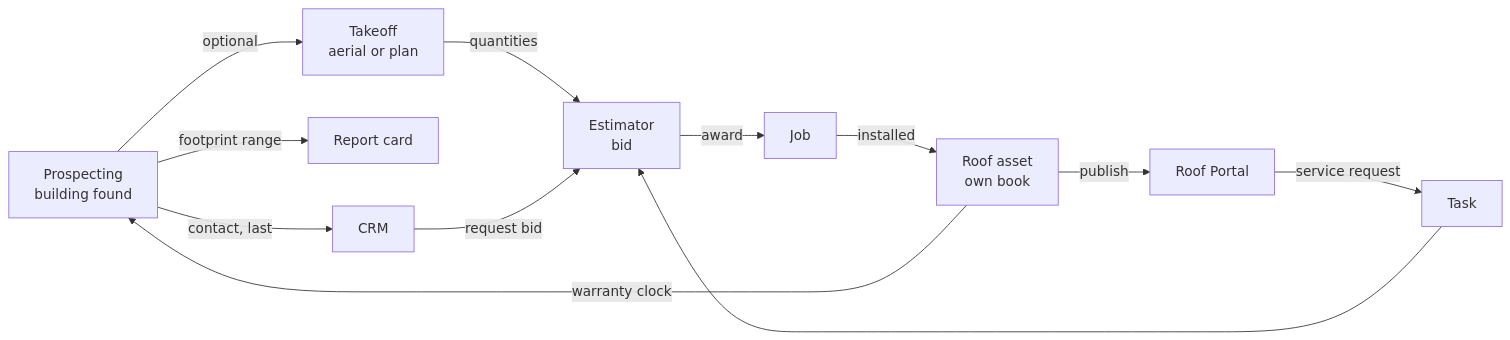
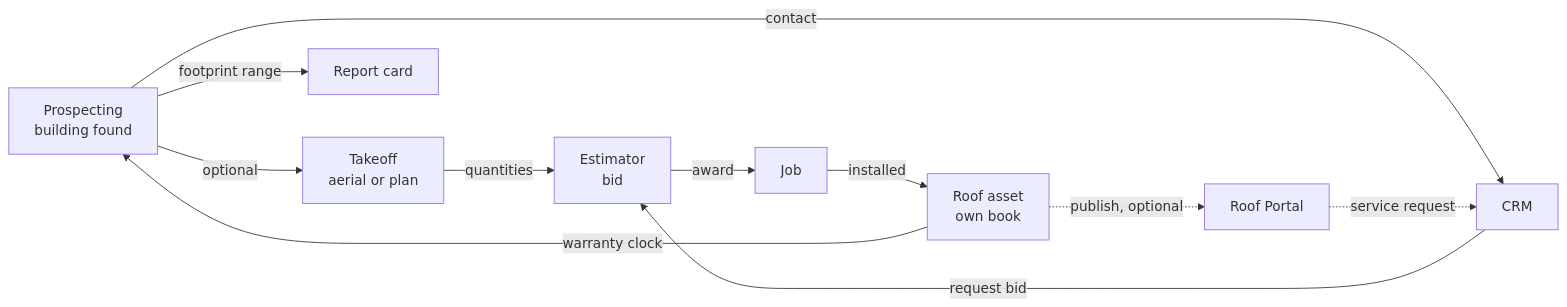
One commit to Bkezk/roof-estimator-shell changed the diagram in docs/roofing-ops-portal-brief.md. Above: the diagram before and after it, drawn with Mermaid. The commit also changed other lines of this file, not shown here.

First line of the commit message:
docs: portal brief — owner decisions of Sep 23 (order, free sources, takeoff completes a bid)

````diff
--- a/docs/roofing-ops-portal-brief.md
+++ b/docs/roofing-ops-portal-brief.md
@@ -114,14 +116,13 @@
 ```mermaid
 flowchart LR
   P[Prospecting<br/>building found] -->|optional| T[Takeoff<br/>aerial or plan]
   P -->|footprint range| RC[Report card]
   T -->|quantities| E[Estimator<br/>bid]
   E -->|award| J[Job]
   J -->|installed| R[Roof asset<br/>own book]
   R -->|warranty clock| P
-  R -->|publish| RP[Roof Portal]
-  RP -->|service request| TK[Task]
-  TK --> E
-  P -->|contact, last| C[CRM]
+  P -->|contact| C[CRM]
   C -->|request bid| E
+  R -.->|publish, optional| RP[Roof Portal]
+  RP -.->|service request| C
 ```
````
